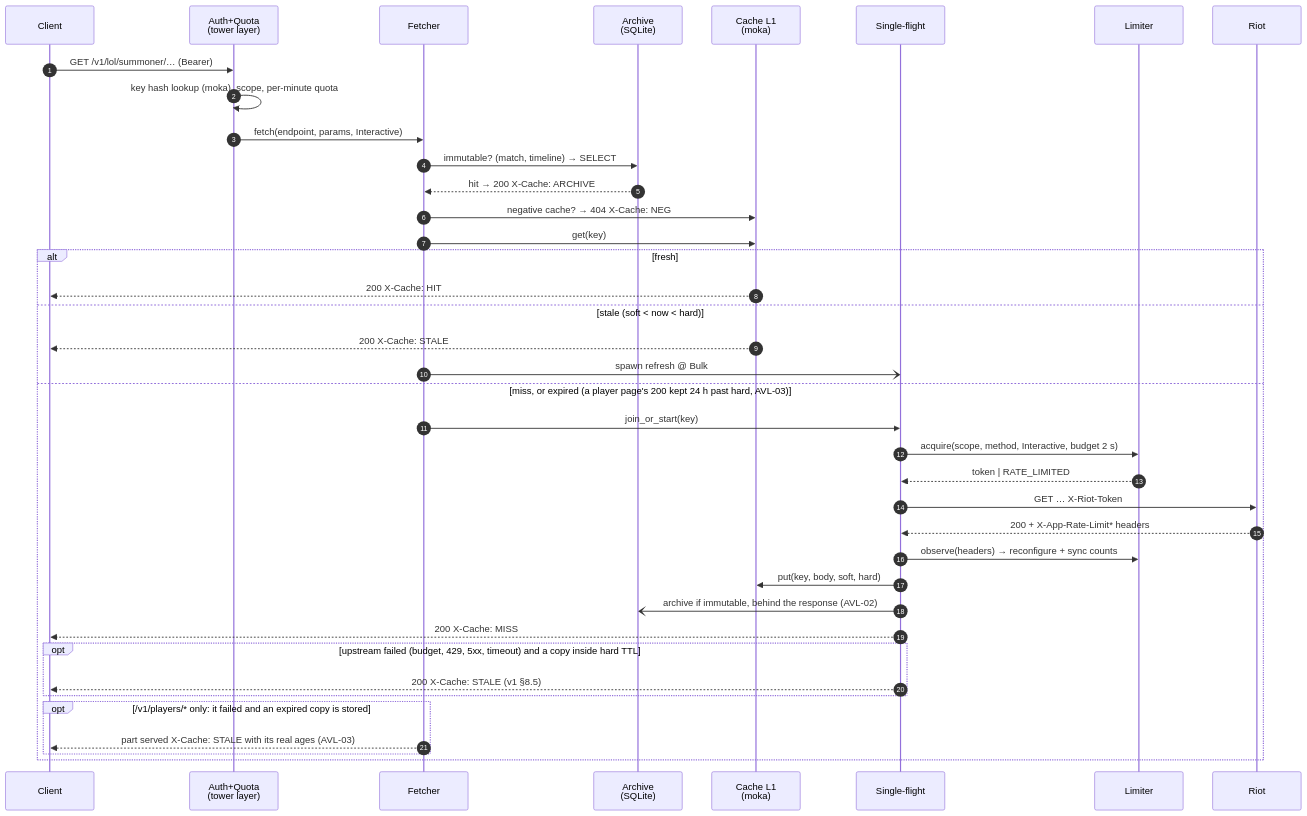
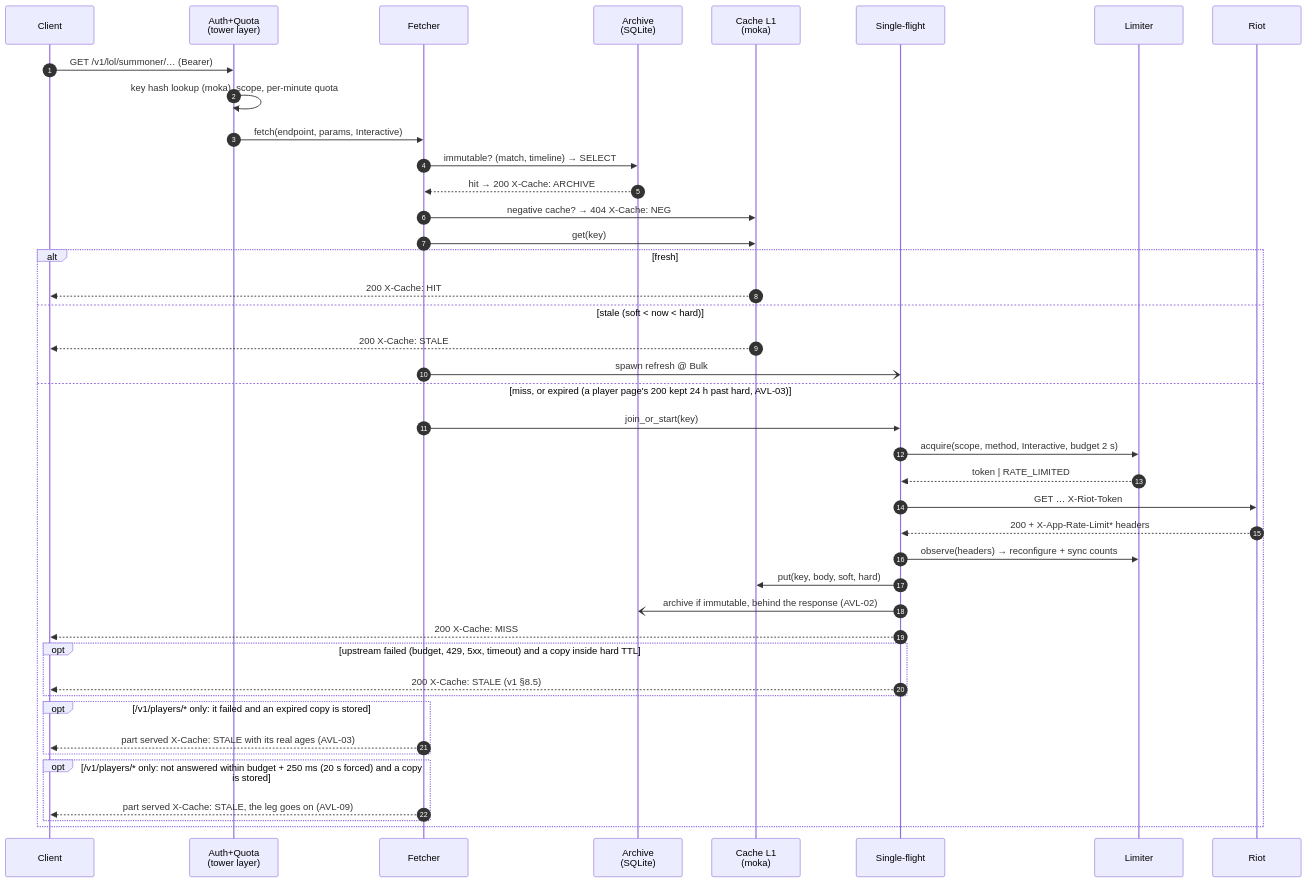
One commit to NinjaGoldfinch/riot-proxy changed the third of 5 diagrams in docs/design/03-architecture.md. Above: the diagram before and after it, drawn with Mermaid. The commit also changed other lines of this file and 47 other files, not shown here.

First line of the commit message:
fix(fetcher): a player part with nothing stored gives up at 20 s (AVL-14) (#285)

````diff
--- a/docs/design/03-architecture.md
+++ b/docs/design/03-architecture.md
@@ -80,42 +80,45 @@
 ```mermaid
 sequenceDiagram
     autonumber
     participant C as Client
     participant A as Auth+Quota<br/>(tower layer)
     participant F as Fetcher
     participant AR as Archive<br/>(SQLite)
     participant L1 as Cache L1<br/>(moka)
     participant SF as Single-flight
     participant RL as Limiter
     participant R as Riot
 
     C->>A: GET /v1/lol/summoner/… (Bearer)
     A->>A: key hash lookup (moka), scope, per-minute quota
     A->>F: fetch(endpoint, params, Interactive)
     F->>AR: immutable? (match, timeline) → SELECT
     AR-->>F: hit → 200 X-Cache: ARCHIVE
     F->>L1: negative cache? → 404 X-Cache: NEG
     F->>L1: get(key)
     alt fresh
         L1-->>C: 200 X-Cache: HIT
     else stale (soft < now < hard)
         L1-->>C: 200 X-Cache: STALE
         F-)SF: spawn refresh @ Bulk
     else miss, or expired (a player page's 200 kept 24 h past hard, AVL-03)
         F->>SF: join_or_start(key)
         SF->>RL: acquire(scope, method, Interactive, budget 2 s)
         RL-->>SF: token | RATE_LIMITED
         SF->>R: GET … X-Riot-Token
         R-->>SF: 200 + X-App-Rate-Limit* headers
         SF->>RL: observe(headers) → reconfigure + sync counts
         SF->>L1: put(key, body, soft, hard)
         SF-)AR: archive if immutable, behind the response (AVL-02)
         SF-->>C: 200 X-Cache: MISS
         opt upstream failed (budget, 429, 5xx, timeout) and a copy inside hard TTL
             SF-->>C: 200 X-Cache: STALE (v1 §8.5)
         end
         opt /v1/players/* only: it failed and an expired copy is stored
             F-->>C: part served X-Cache: STALE with its real ages (AVL-03)
         end
+        opt /v1/players/* only: not answered within budget + 250 ms (20 s forced) and a copy is stored
+            F-->>C: part served X-Cache: STALE, the leg goes on (AVL-09)
+        end
     end
 ```
````
